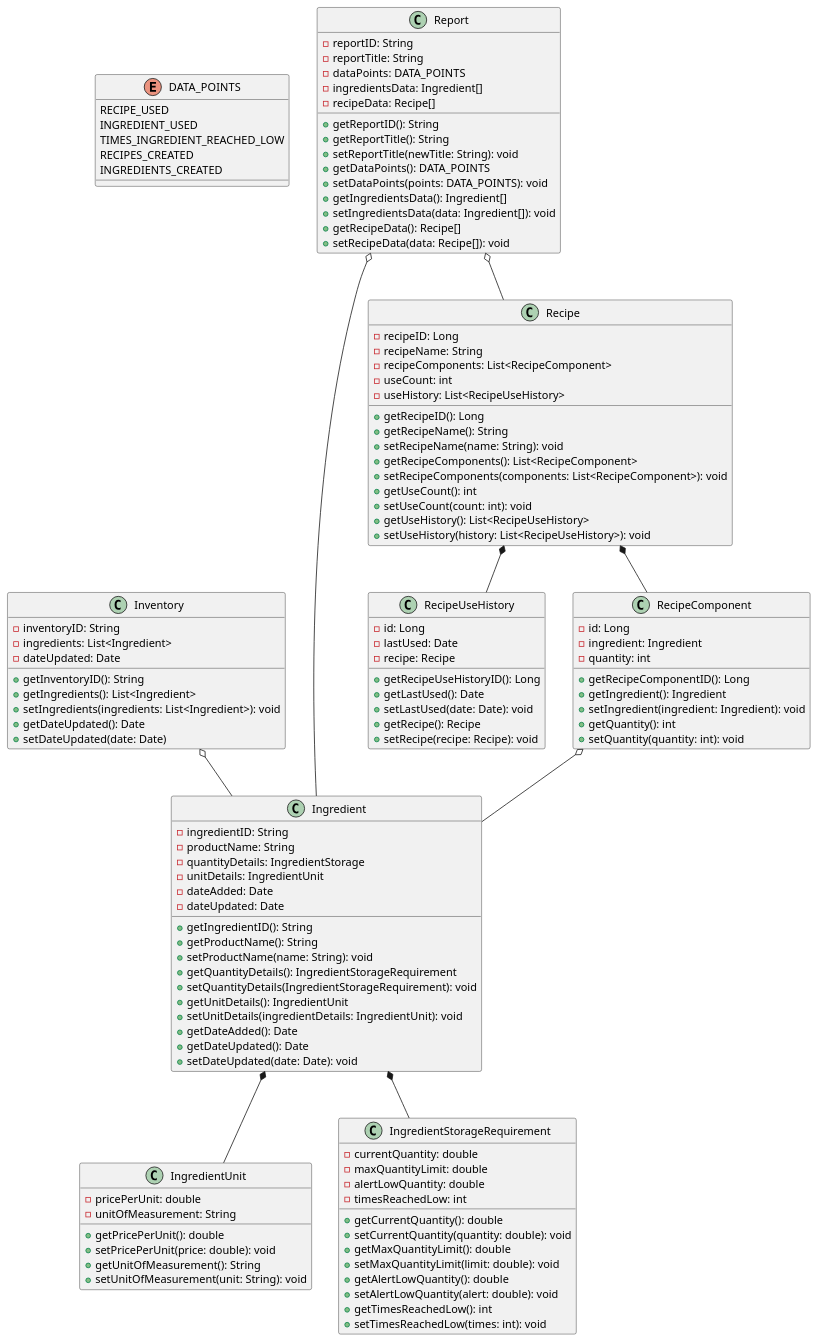
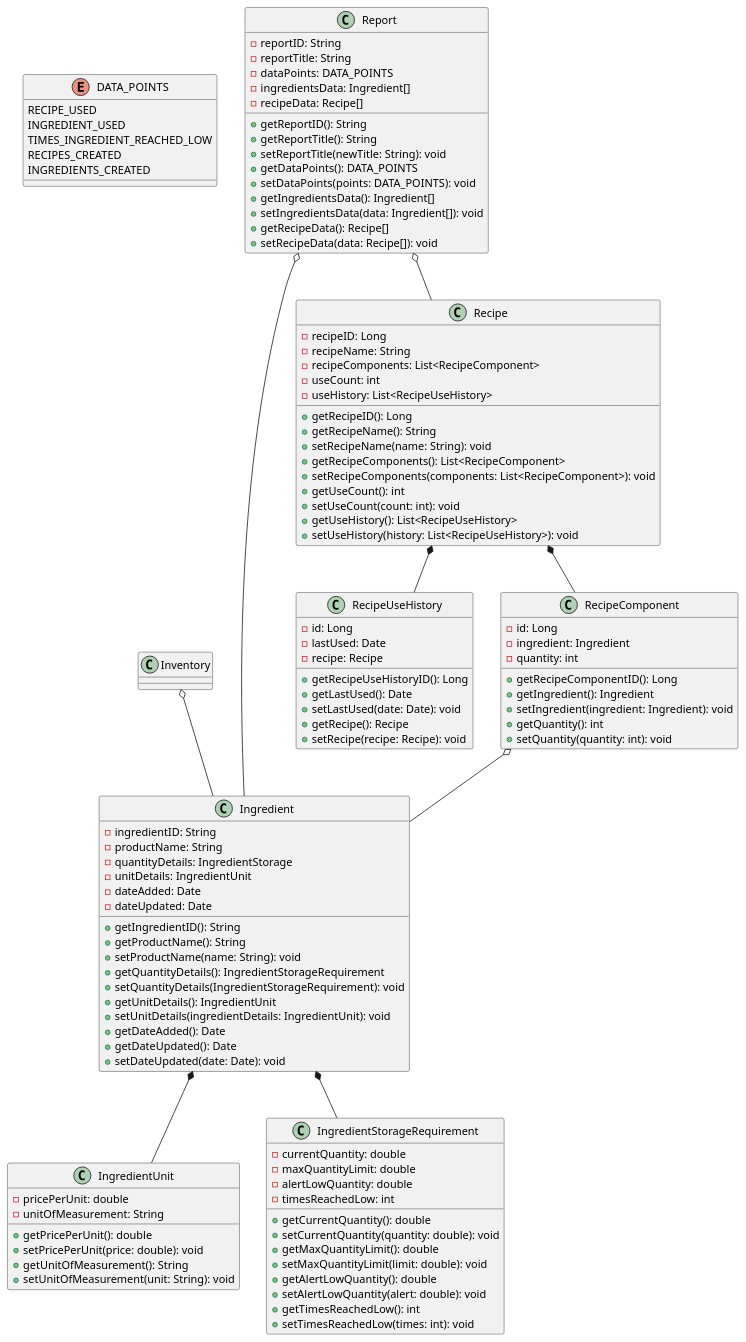
Before and after one commit to AlanCortez1337/cs5800-project: the diagram in backend/src/documentation/classDiagrams/EntitiesModels.puml, drawn with PlantUML.

Commit message:
remove Inventory model in class diagram

```diff
--- a/backend/src/documentation/classDiagrams/EntitiesModels.puml
+++ b/backend/src/documentation/classDiagrams/EntitiesModels.puml
@@ -1,143 +1,131 @@
 @startuml
 'https://plantuml.com/class-diagram
 
 enum DATA_POINTS {
     RECIPE_USED
     INGREDIENT_USED
     TIMES_INGREDIENT_REACHED_LOW
     RECIPES_CREATED
     INGREDIENTS_CREATED
-}
-
-class Inventory {
-    - inventoryID: String
-    - ingredients: List<Ingredient>
-    - dateUpdated: Date
-
-    + getInventoryID(): String
-    + getIngredients(): List<Ingredient>
-    + setIngredients(ingredients: List<Ingredient>): void
-    + getDateUpdated(): Date
-    + setDateUpdated(date: Date)
 }
 
 class Ingredient {
     - ingredientID: String
     - productName: String
     - quantityDetails: IngredientStorage
     - unitDetails: IngredientUnit
     - dateAdded: Date
     - dateUpdated: Date
 
     + getIngredientID(): String
     + getProductName(): String
     + setProductName(name: String): void
     + getQuantityDetails(): IngredientStorageRequirement
     + setQuantityDetails(IngredientStorageRequirement): void
     + getUnitDetails(): IngredientUnit
     + setUnitDetails(ingredientDetails: IngredientUnit): void
     + getDateAdded(): Date
     + getDateUpdated(): Date
     + setDateUpdated(date: Date): void
 }
 
 class IngredientUnit {
     - pricePerUnit: double
     - unitOfMeasurement: String
 
     + getPricePerUnit(): double
     + setPricePerUnit(price: double): void
     + getUnitOfMeasurement(): String
     + setUnitOfMeasurement(unit: String): void
 }
 
 class IngredientStorageRequirement {
     - currentQuantity: double
     - maxQuantityLimit: double
     - alertLowQuantity: double
     - timesReachedLow: int
 
     + getCurrentQuantity(): double
     + setCurrentQuantity(quantity: double): void
     + getMaxQuantityLimit(): double
     + setMaxQuantityLimit(limit: double): void
     + getAlertLowQuantity(): double
     + setAlertLowQuantity(alert: double): void
     + getTimesReachedLow(): int
     + setTimesReachedLow(times: int): void
 }
 
 Inventory o-- Ingredient
 Ingredient *-- IngredientStorageRequirement
 Ingredient *-- IngredientUnit
 
 class Recipe {
     - recipeID: Long
     - recipeName: String
     - recipeComponents: List<RecipeComponent>
     - useCount: int
     - useHistory: List<RecipeUseHistory>
 
     + getRecipeID(): Long
     + getRecipeName(): String
     + setRecipeName(name: String): void
     + getRecipeComponents(): List<RecipeComponent>
     + setRecipeComponents(components: List<RecipeComponent>): void
     + getUseCount(): int
     + setUseCount(count: int): void
     + getUseHistory(): List<RecipeUseHistory>
     + setUseHistory(history: List<RecipeUseHistory>): void
 }
 
 
 class RecipeUseHistory {
     - id: Long
     - lastUsed: Date
     - recipe: Recipe
 
     + getRecipeUseHistoryID(): Long
     + getLastUsed(): Date
     + setLastUsed(date: Date): void
     + getRecipe(): Recipe
     + setRecipe(recipe: Recipe): void
 }
 
 
 class RecipeComponent {
     - id: Long
     - ingredient: Ingredient
     - quantity: int
 
     + getRecipeComponentID(): Long
     + getIngredient(): Ingredient
     + setIngredient(ingredient: Ingredient): void
     + getQuantity(): int
     + setQuantity(quantity: int): void
 }
 
 Recipe *-- RecipeComponent
 Recipe *-- RecipeUseHistory
 RecipeComponent o-- Ingredient
 
 class Report {
     - reportID: String
     - reportTitle: String
     - dataPoints: DATA_POINTS
     - ingredientsData: Ingredient[]
     - recipeData: Recipe[]
 
     + getReportID(): String
     + getReportTitle(): String
     + setReportTitle(newTitle: String): void
     + getDataPoints(): DATA_POINTS
     + setDataPoints(points: DATA_POINTS): void
     + getIngredientsData(): Ingredient[]
     + setIngredientsData(data: Ingredient[]): void
     + getRecipeData(): Recipe[]
     + setRecipeData(data: Recipe[]): void
 }
 
 Report o-- Ingredient
 Report o-- Recipe
 
 @enduml
```
